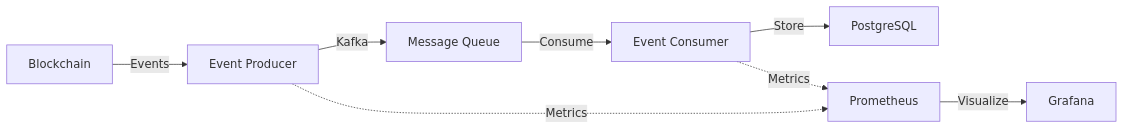
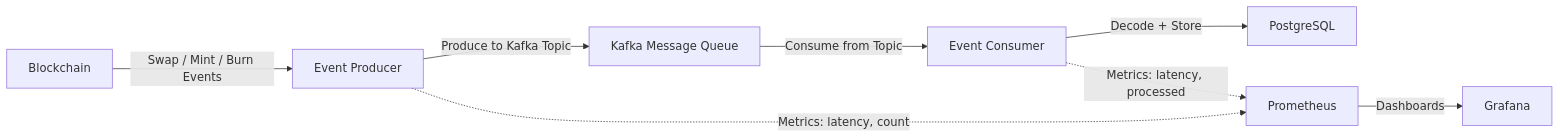
The first of 2 diagrams in README.md (l-jhon/uniswap-v3-event-streamer), drawn with Mermaid before and after one commit.

Commit message:
doc: update mermaid arhicteture.

````diff
--- a/README.md
+++ b/README.md
@@ -55,10 +55,10 @@
 ```mermaid
 graph LR
-    A[Blockchain] -->|Events| B[Event Producer]
-    B -->|Kafka| C[Message Queue]
-    C -->|Consume| D[Event Consumer]
-    D -->|Store| E[PostgreSQL]
-    B -.->|Metrics| F[Prometheus]
-    D -.->|Metrics| F
-    F -->|Visualize| G[Grafana]
+    A[Blockchain] -->|Swap / Mint / Burn Events| B[Event Producer]
+    B -->|Produce to Kafka Topic| C[Kafka Message Queue]
+    C -->|Consume from Topic| D[Event Consumer]
+    D -->|Decode + Store| E[PostgreSQL]
+    B -.->|Metrics: latency, count| F[Prometheus]
+    D -.->|Metrics: latency, processed| F
+    F -->|Dashboards| G[Grafana]
 ```
````
